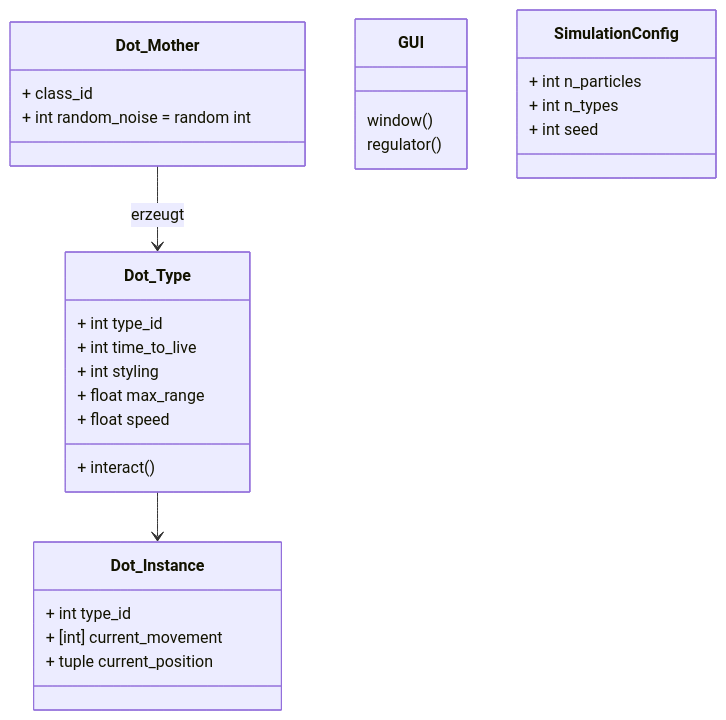
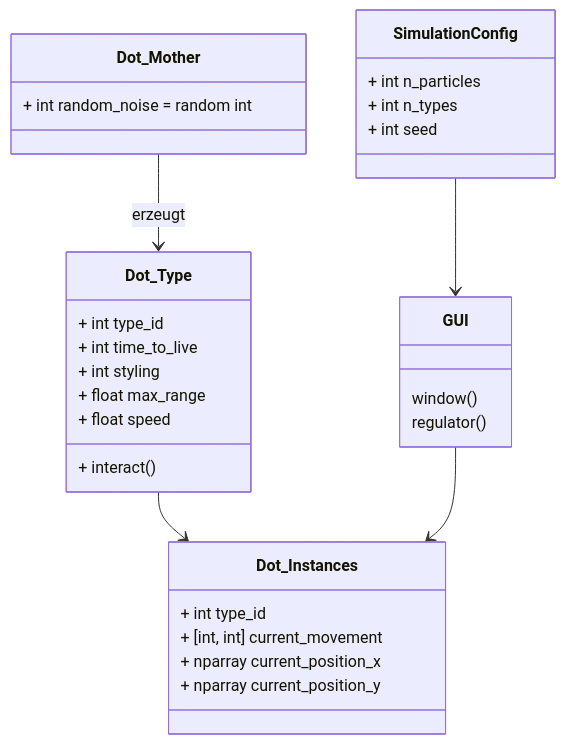
Before and after one commit to git-nny/emergent-bees: the diagram in docs/architecture.md, drawn with Mermaid.

Commit message:
changed architecture after meeting

````diff
--- a/docs/architecture.md
+++ b/docs/architecture.md
@@ -5,41 +5,43 @@
 ``` mermaid
 classDiagram
 
     Dot_Mother --> Dot_Type : erzeugt
-    Dot_Type --> Dot_Instance
+    Dot_Type --> Dot_Instances
+    GUI --> Dot_Instances
+    SimulationConfig --> GUI
 
     class Dot_Mother{
-        + class_id
         + int random_noise = random int
     }
 
     class Dot_Type{
         + int type_id
         + interact()
         + int time_to_live
         + int styling
         + float max_range
         + float speed 
     }
 
-    class Dot_Instance{
+    class Dot_Instances{
         + int type_id
-        + [int] current_movement
-        + tuple current_position
+        + [int, int] current_movement
+        + nparray current_position_x
+        + nparray current_position_y
     } 
 
     class GUI{
         window()
         regulator()
 
     }
 
 
     class SimulationConfig{
 
             + int n_particles
             + int n_types
             + int seed
 
     }
 ```
````
